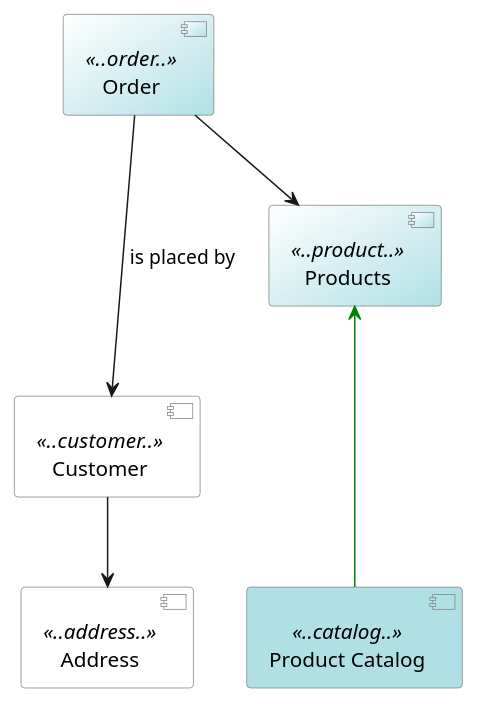
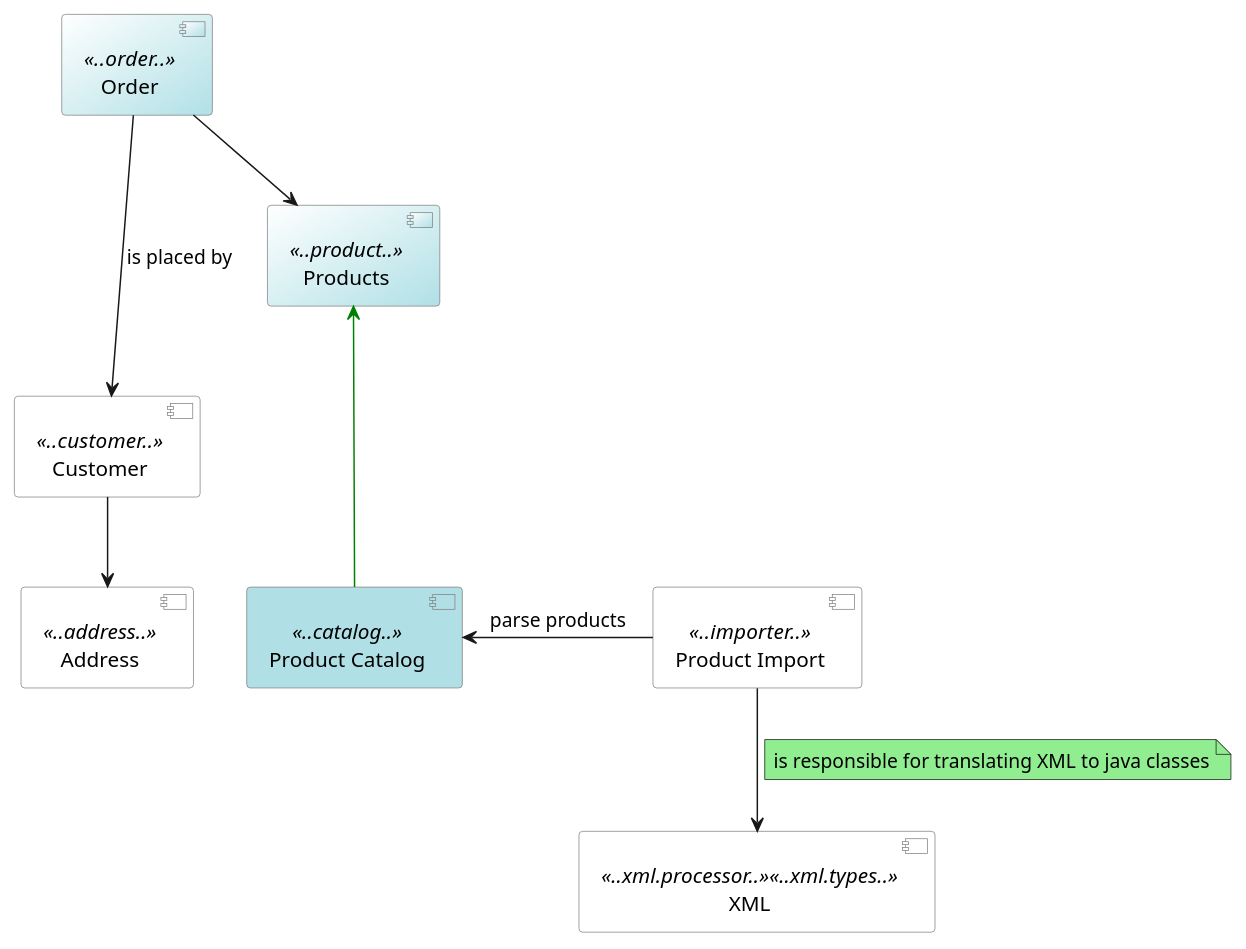
The diagram in documentation/class_diagram.puml (antoniealberto/demoCleanArchitecture), drawn with PlantUML before and after one commit.

Commit message:
DemoPrj-01 test diff

```diff
--- a/documentation/class_diagram.puml
+++ b/documentation/class_diagram.puml
@@ -1,24 +1,29 @@
 @startuml
 
 skinparam componentStyle uml2
 skinparam component {
   BorderColor #grey
   BackgroundColor #white
 }
 
 [Address] <<..address..>>
 [Customer] <<..customer..>>
 [Order] <<..order..>> #white/PowderBlue
 [Products] <<..product..>> #white/PowderBlue
 [Product Catalog] <<..catalog..>> as catalog #PowderBlue
+[Product Import] <<..importer..>> as import
 
+' Could be some random comment
+[XML] <<..xml.processor..>> <<..xml.types..>> as xml
 
 [Order] ---> [Customer] : is placed by
 [Order] --> [Products]
 
 [Customer] --> [Address]
 
 [Products] <--[#green]- catalog
-
+import -left-> catalog : parse products
+import --> xml
+note top on link #lightgreen: is responsible for translating XML to java classes
 
 @enduml
```
